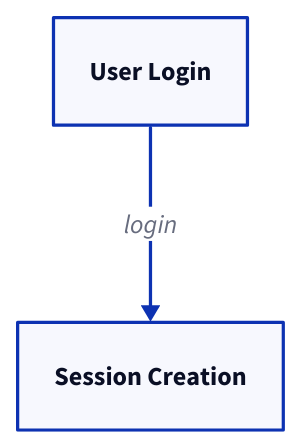
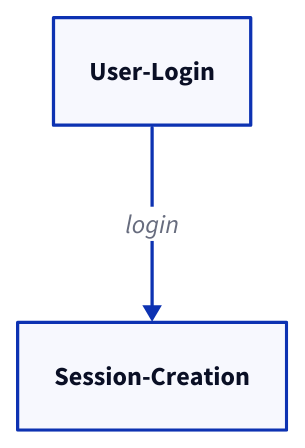
Before and after one commit to AIGNE-io/aigne-doc-smith: the fourth of 23 diagrams in prompts/document/d2-chart/v2.md, drawn with D2. The commit also changed other lines of this file, not shown here.

````diff
--- a/prompts/document/d2-chart/v2.md
+++ b/prompts/document/d2-chart/v2.md
@@ -40,3 +38,3 @@
   ```d2
-  "User Login" -> "Session Creation": "login"
+  User-Login -> Session-Creation: "login"
   ```
````
